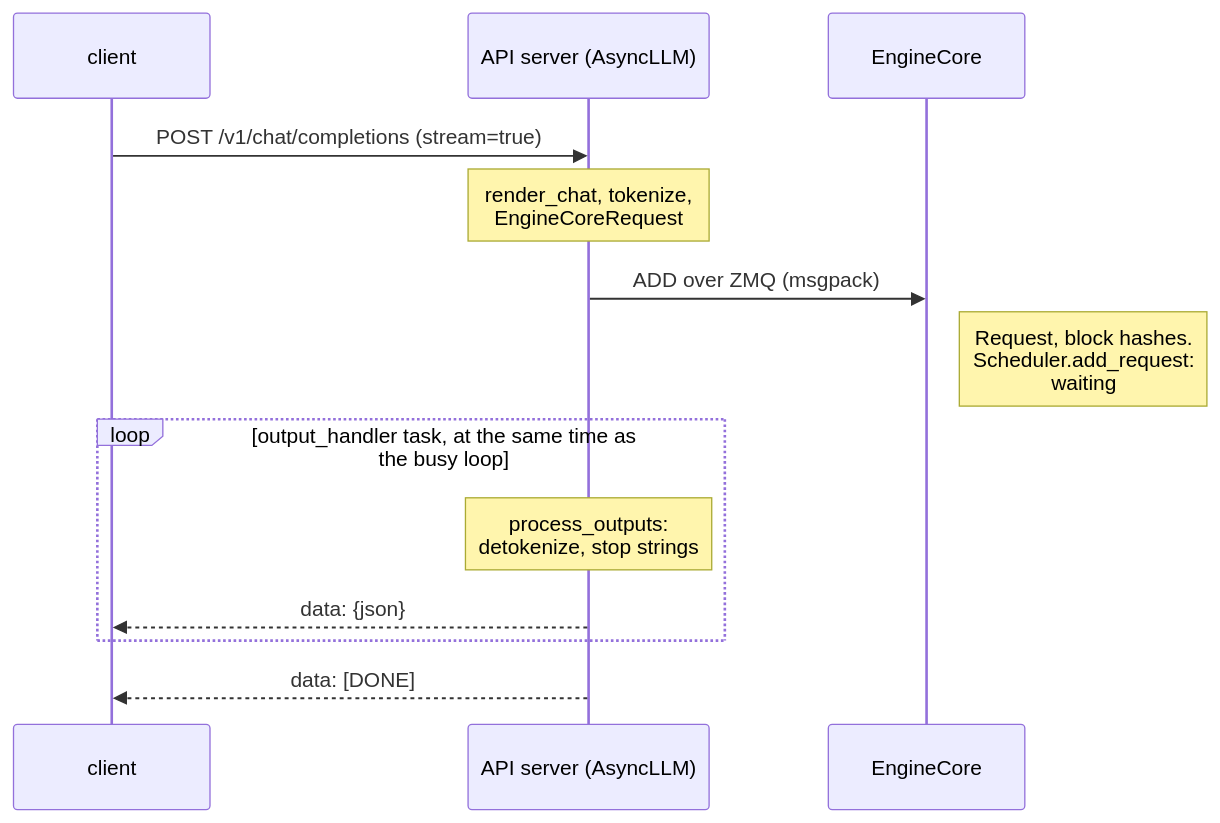
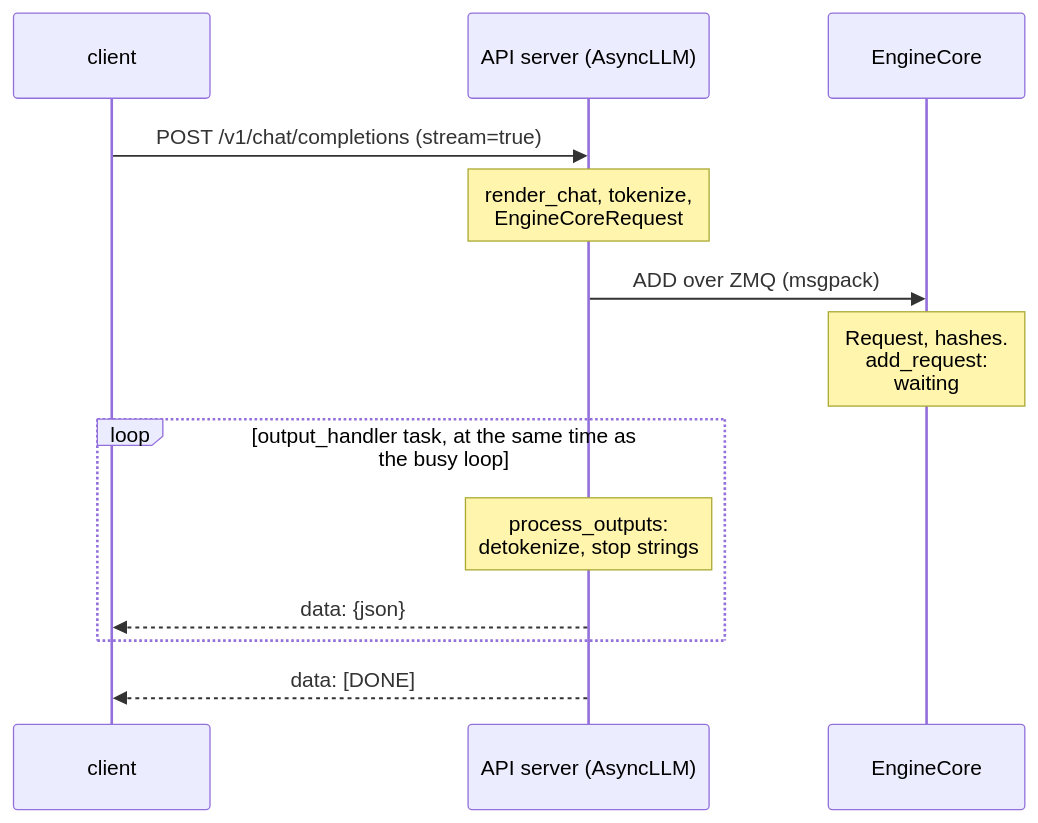
Before and after one commit to aniryou/full-stack-agentic-engineer: the second of 7 diagrams in 04-inference-engine/vllm-internals/vllm-internals-primer.md, drawn with Mermaid. The commit also changed 13 other files, not shown here.

First line of the commit message:
WIP snapshot: the figure round (charts, improvements, additions) in progress (2026-10-30T18:40:38Z); not validated [skip ci]

````diff
--- a/04-inference-engine/vllm-internals/vllm-internals-primer.md
+++ b/04-inference-engine/vllm-internals/vllm-internals-primer.md
@@ -215,15 +215,15 @@
 ```mermaid
 sequenceDiagram
     participant C as client
     participant A as API server (AsyncLLM)
     participant E as EngineCore
     C->>A: POST /v1/chat/completions (stream=true)
     Note over A: render_chat, tokenize,<br/>EngineCoreRequest
     A->>E: ADD over ZMQ (msgpack)
-    Note right of E: Request, block hashes.<br/>Scheduler.add_request:<br/>waiting
+    Note over E: Request, hashes.<br/>add_request:<br/>waiting
     loop output_handler task, at the same time as the busy loop
         Note over A: process_outputs:<br/>detokenize, stop strings
         A-->>C: data: {json}
     end
     A-->>C: data: [DONE]
 ```
````
